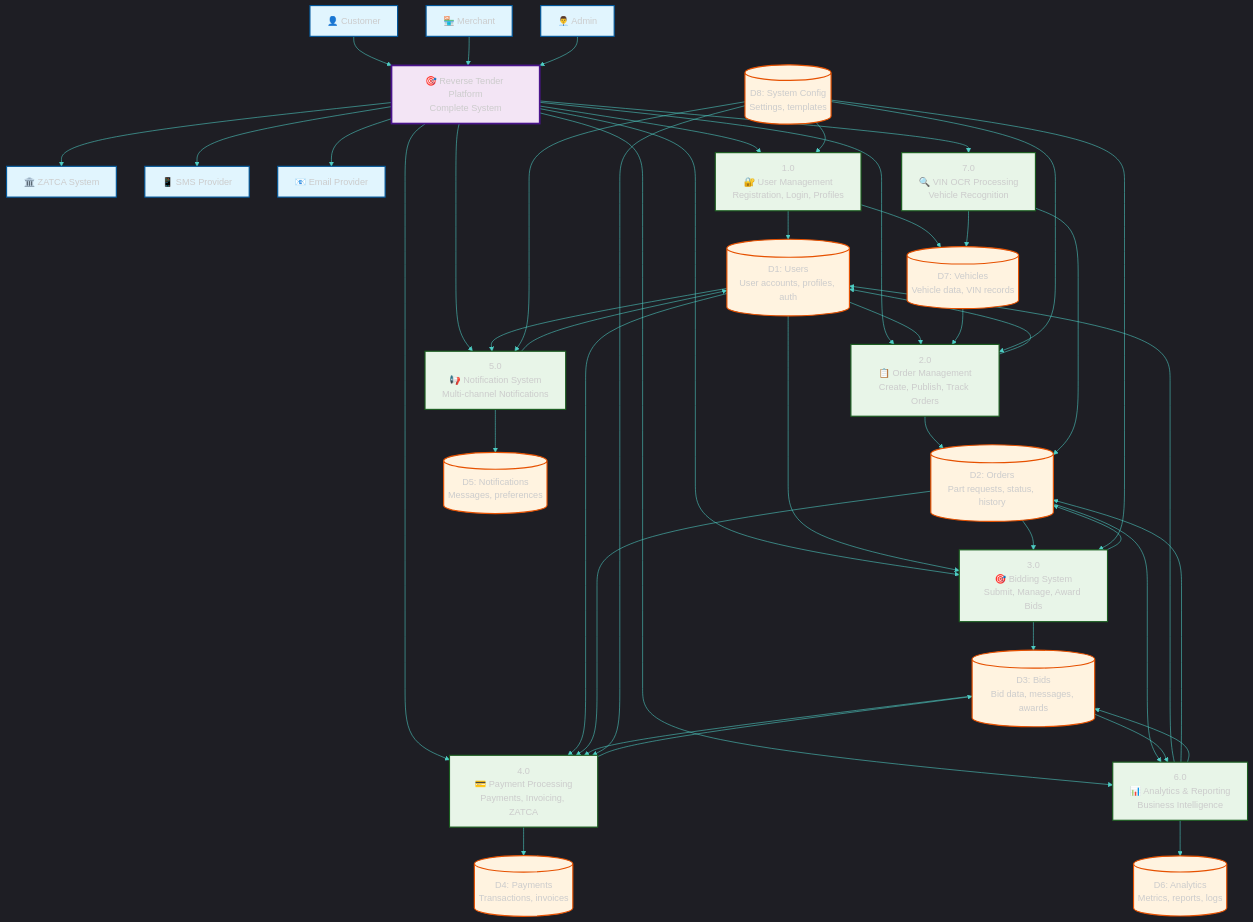
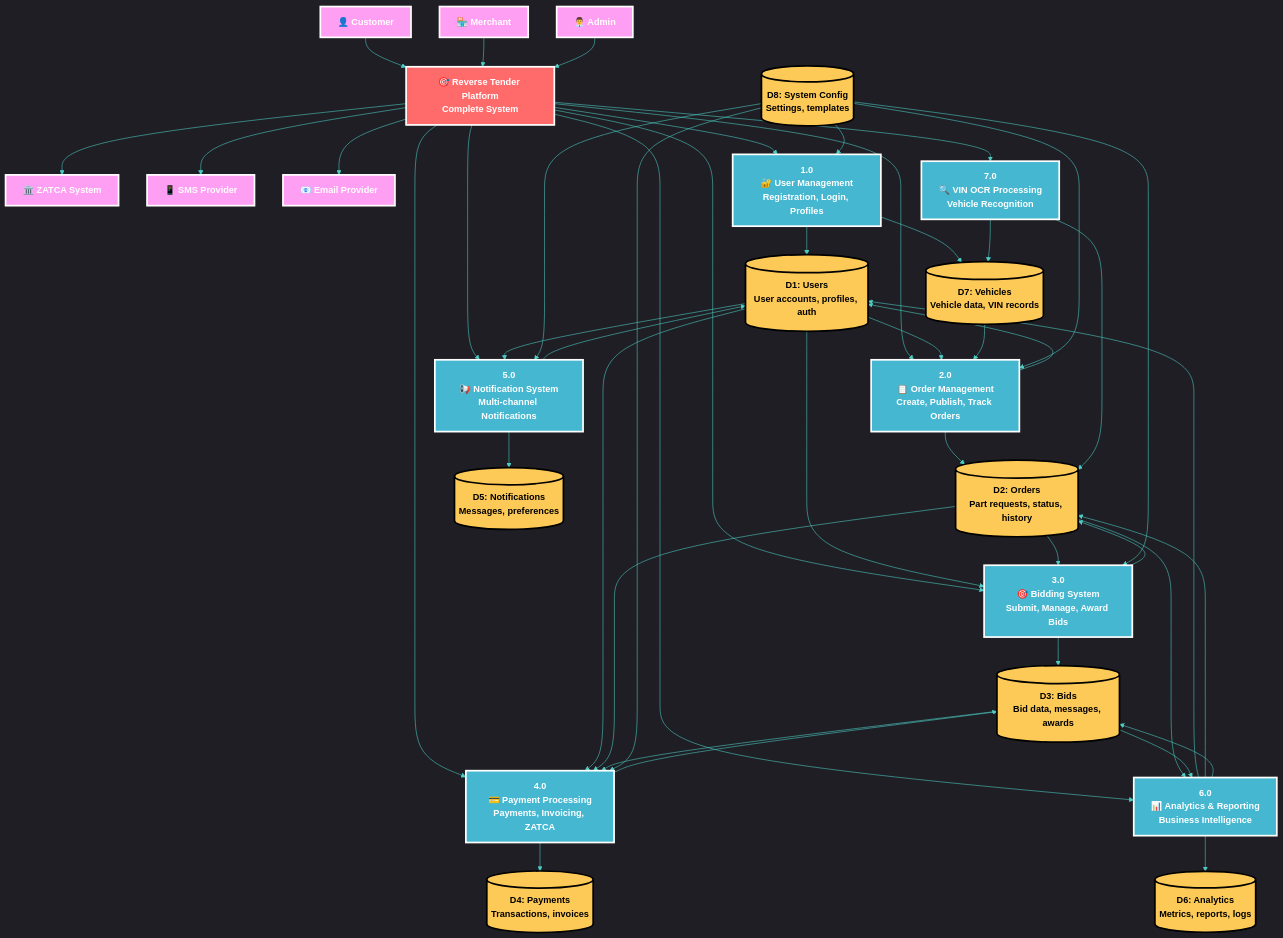
The first of 5 diagrams in diagrams/data-flow-diagram.md (abdoElHodaky/larvrevrstender), drawn with Mermaid before and after one commit. The commit also changed other lines of this file and 1 other file, not shown here.

First line of the commit message:
fix: Update data flow diagram styling and recreate circuit breaker architecture

```diff
--- a/diagrams/data-flow-diagram.md
+++ b/diagrams/data-flow-diagram.md
@@ -102,11 +102,11 @@
     DS8 --> P4
     DS8 --> P5
     
-    %% Styling
-    classDef entity fill:#e1f5fe,stroke:#01579b,stroke-width:2px
-    classDef process fill:#e8f5e8,stroke:#1b5e20,stroke-width:2px
-    classDef datastore fill:#fff3e0,stroke:#e65100,stroke-width:2px
-    classDef system fill:#f3e5f5,stroke:#4a148c,stroke-width:3px
+    %% Distinguished Eye-Catching Styling
+    classDef entity fill:#FF9FF3,stroke:#FFFFFF,stroke-width:3px,color:#FFFFFF,font-weight:bold
+    classDef process fill:#45B7D1,stroke:#FFFFFF,stroke-width:3px,color:#FFFFFF,font-weight:bold
+    classDef datastore fill:#FECA57,stroke:#000000,stroke-width:3px,color:#000000,font-weight:bold
+    classDef system fill:#FF6B6B,stroke:#FFFFFF,stroke-width:3px,color:#FFFFFF,font-weight:bold
     
     class CUSTOMER,MERCHANT,ADMIN,ZATCA,SMS_PROVIDER,EMAIL_PROVIDER entity
     class P1,P2,P3,P4,P5,P6,P7 process
```
